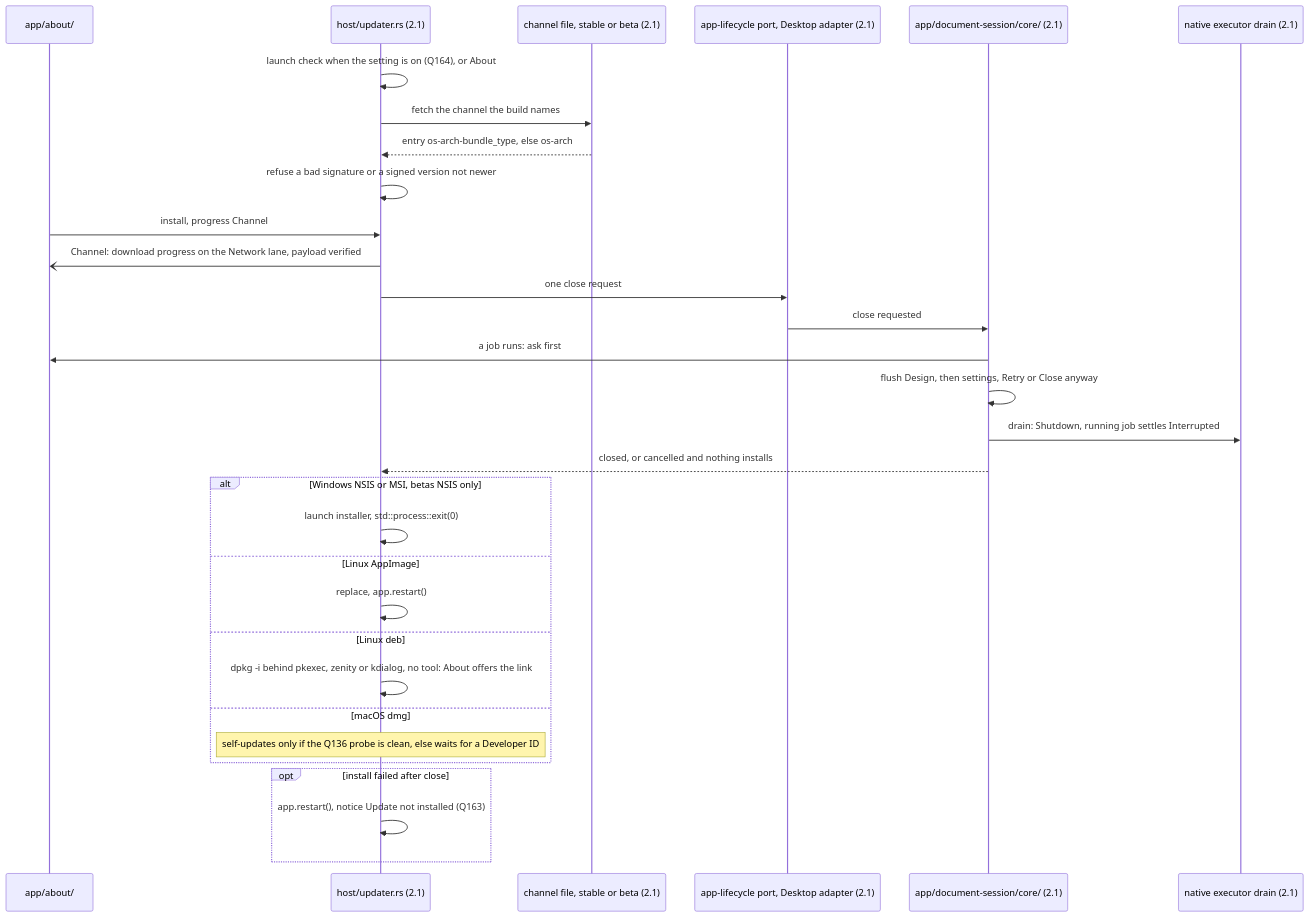
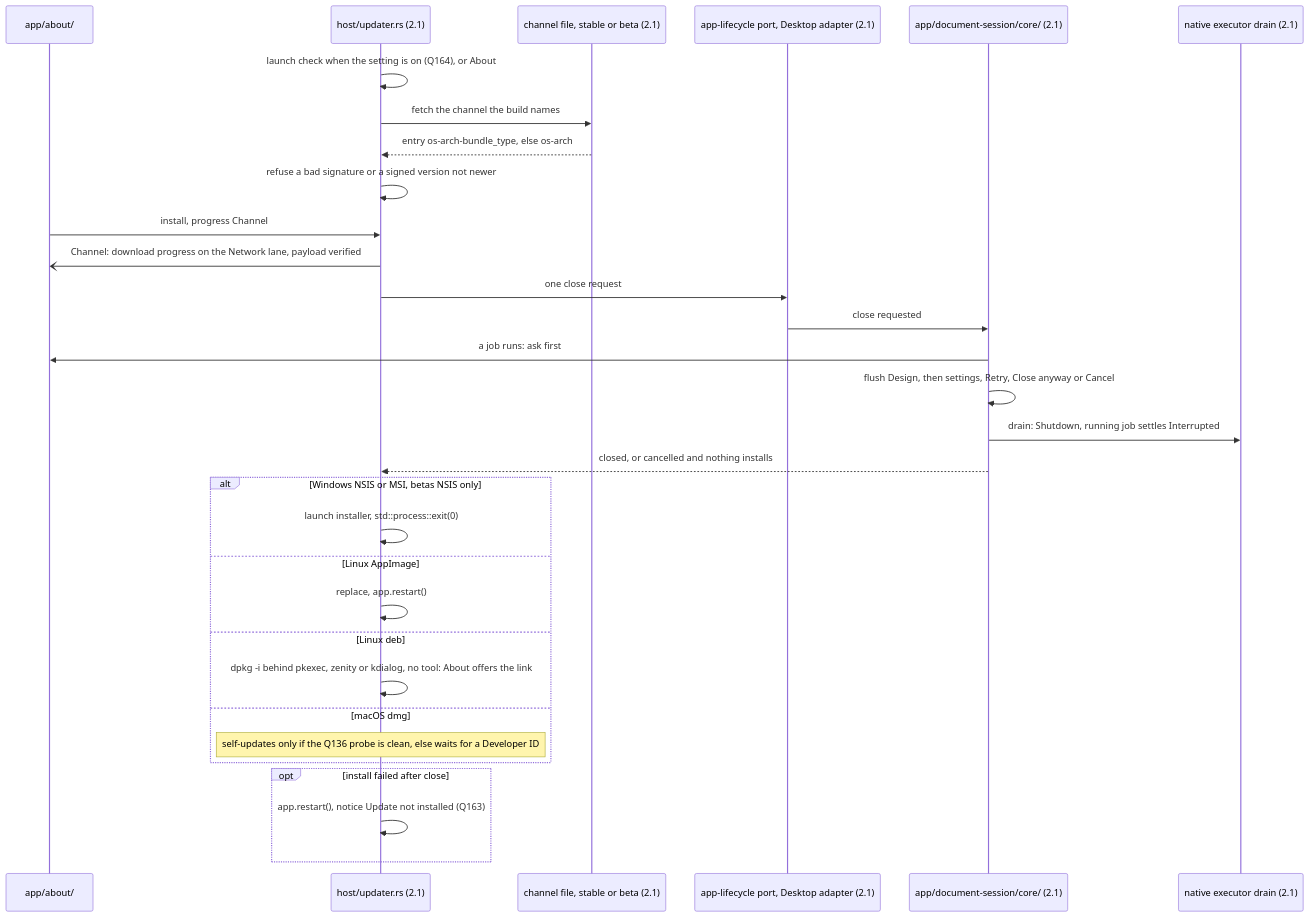
One commit to opencanopi/canopi changed the seventh of 7 diagrams in docs/architecture/flows-services.md. Above: the diagram before and after it, drawn with Mermaid. The commit also changed 93 other files, not shown here.

````diff
--- a/docs/architecture/flows-services.md
+++ b/docs/architecture/flows-services.md
@@ -209,33 +209,33 @@
 ```mermaid
 sequenceDiagram
   participant AB as app/about/
   participant UPD as host/updater.rs (2.1)
   participant EP as channel file, stable or beta (2.1)
   participant LC as app-lifecycle port, Desktop adapter (2.1)
   participant CORE as app/document-session/core/ (2.1)
   participant EXE as native executor drain (2.1)
   UPD->>UPD: launch check when the setting is on (Q164), or About
   UPD->>EP: fetch the channel the build names
   EP-->>UPD: entry os-arch-bundle_type, else os-arch
   UPD->>UPD: refuse a bad signature or a signed version not newer
   AB->>UPD: install, progress Channel
   UPD-)AB: Channel: download progress on the Network lane, payload verified
   UPD->>LC: one close request
   LC->>CORE: close requested
   CORE->>AB: a job runs: ask first
-  CORE->>CORE: flush Design, then settings, Retry or Close anyway
+  CORE->>CORE: flush Design, then settings, Retry, Close anyway or Cancel
   CORE->>EXE: drain: Shutdown, running job settles Interrupted
   CORE-->>UPD: closed, or cancelled and nothing installs
   alt Windows NSIS or MSI, betas NSIS only
     UPD->>UPD: launch installer, std::process::exit(0)
   else Linux AppImage
     UPD->>UPD: replace, app.restart()
   else Linux deb
     UPD->>UPD: dpkg -i behind pkexec, zenity or kdialog, no tool: About offers the link
   else macOS dmg
     Note over UPD: self-updates only if the Q136 probe is clean, else waits for a Developer ID
   end
   opt install failed after close
     UPD->>UPD: app.restart(), notice Update not installed (Q163)
   end
 ```
````
